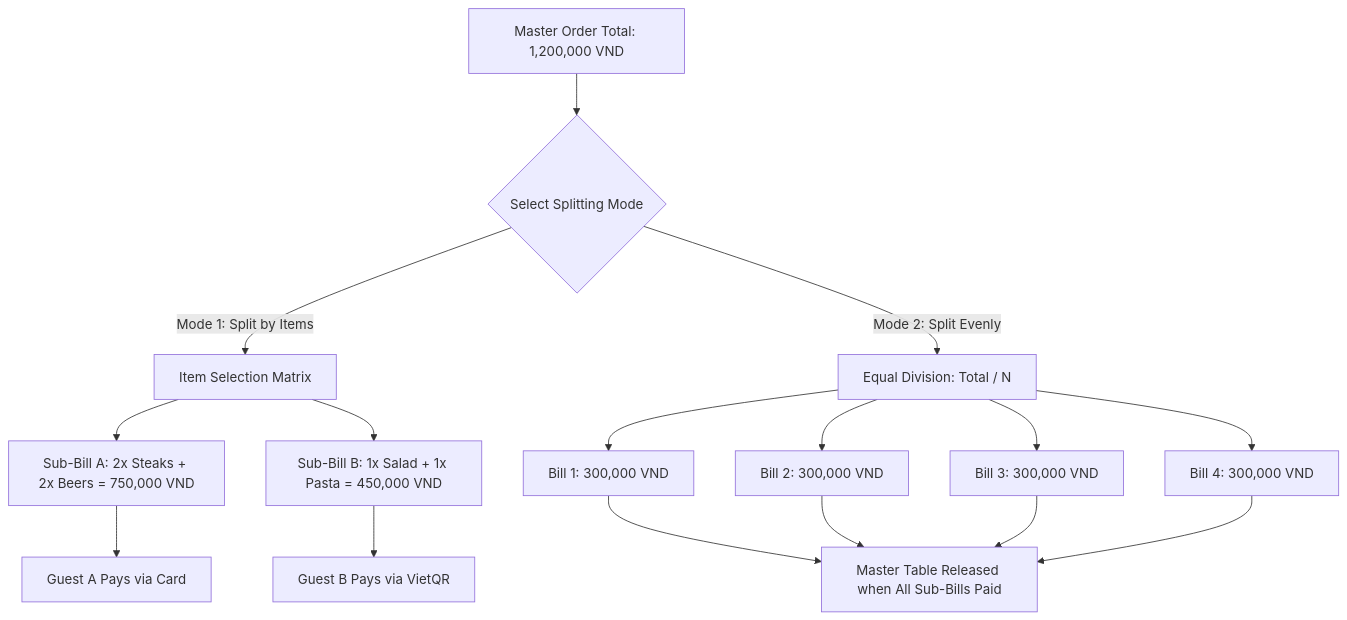
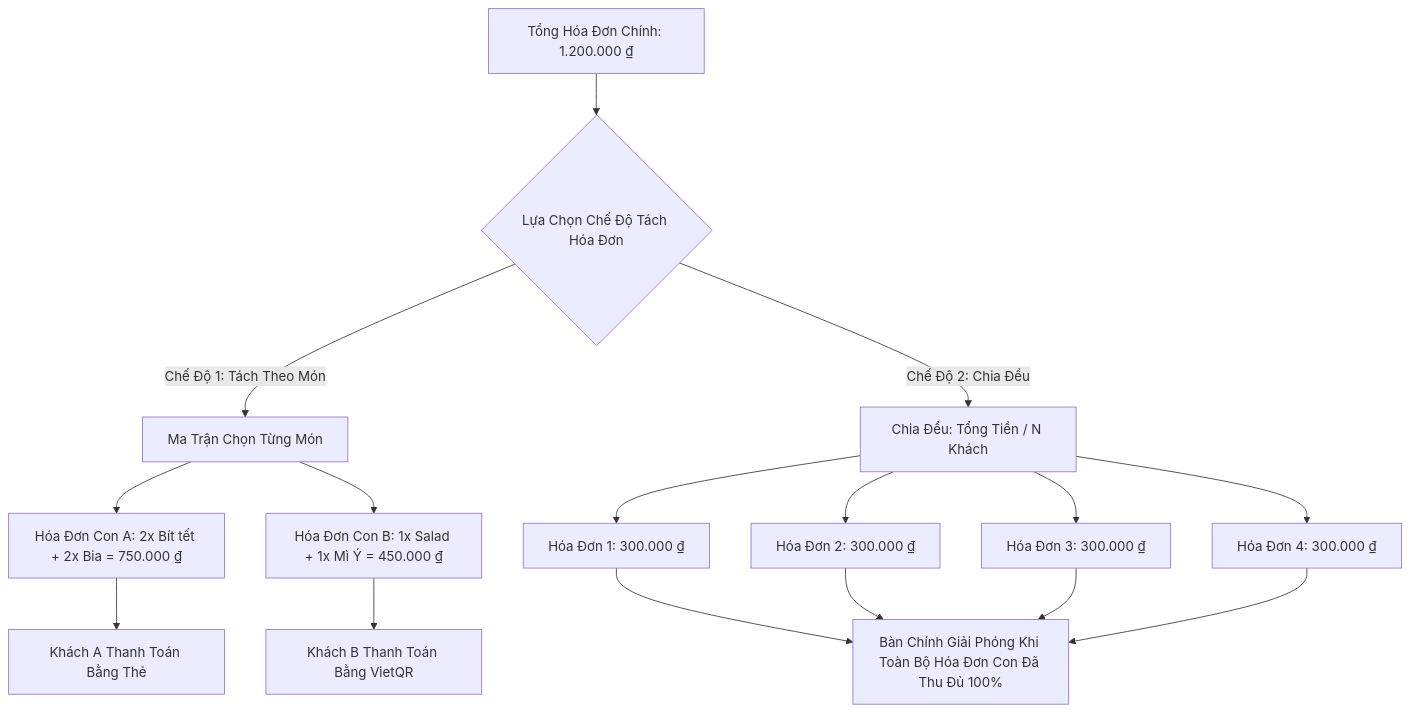
One commit to dieudoanhut2002/SmartRestaurant changed the second of 3 diagrams in docs/product/workflows/CASHIER-PAYMENT-WORKFLOW.md. Above: the diagram before and after it, drawn with Mermaid. The commit also changed other lines of this file and 40 other files, not shown here.

````diff
--- a/docs/product/workflows/CASHIER-PAYMENT-WORKFLOW.md
+++ b/docs/product/workflows/CASHIER-PAYMENT-WORKFLOW.md
@@ -47,17 +48,17 @@
 ```mermaid
 flowchart TD
-    M[Master Order Total: 1,200,000 VND] --> SplitChoice{Select Splitting Mode}
+    M["Tổng Hóa Đơn Chính: 1.200.000 ₫"] --> SplitChoice{"Lựa Chọn Chế Độ Tách Hóa Đơn"}
 
-    SplitChoice -->|Mode 1: Split by Items| ByItems[Item Selection Matrix]
-    ByItems --> BillA[Sub-Bill A: 2x Steaks + 2x Beers = 750,000 VND]
-    ByItems --> BillB[Sub-Bill B: 1x Salad + 1x Pasta = 450,000 VND]
-    BillA --> PayA[Guest A Pays via Card]
-    BillB --> PayB[Guest B Pays via VietQR]
+    SplitChoice -->|"Chế Độ 1: Tách Theo Món"| ByItems["Ma Trận Chọn Từng Món"]
+    ByItems --> BillA["Hóa Đơn Con A: 2x Bít tết + 2x Bia = 750.000 ₫"]
+    ByItems --> BillB["Hóa Đơn Con B: 1x Salad + 1x Mì Ý = 450.000 ₫"]
+    BillA --> PayA["Khách A Thanh Toán Bằng Thẻ"]
+    BillB --> PayB["Khách B Thanh Toán Bằng VietQR"]
 
-    SplitChoice -->|Mode 2: Split Evenly| ByEqual[Equal Division: Total / N]
-    ByEqual --> Sub1[Bill 1: 300,000 VND]
-    ByEqual --> Sub2[Bill 2: 300,000 VND]
-    ByEqual --> Sub3[Bill 3: 300,000 VND]
-    ByEqual --> Sub4[Bill 4: 300,000 VND]
-    Sub1 & Sub2 & Sub3 & Sub4 --> CloseAll[Master Table Released when All Sub-Bills Paid]
+    SplitChoice -->|"Chế Độ 2: Chia Đều"| ByEqual["Chia Đều: Tổng Tiền / N Khách"]
+    ByEqual --> Sub1["Hóa Đơn 1: 300.000 ₫"]
+    ByEqual --> Sub2["Hóa Đơn 2: 300.000 ₫"]
+    ByEqual --> Sub3["Hóa Đơn 3: 300.000 ₫"]
+    ByEqual --> Sub4["Hóa Đơn 4: 300.000 ₫"]
+    Sub1 & Sub2 & Sub3 & Sub4 --> CloseAll["Bàn Chính Giải Phóng Khi Toàn Bộ Hóa Đơn Con Đã Thu Đủ 100%"]
 ```
````
